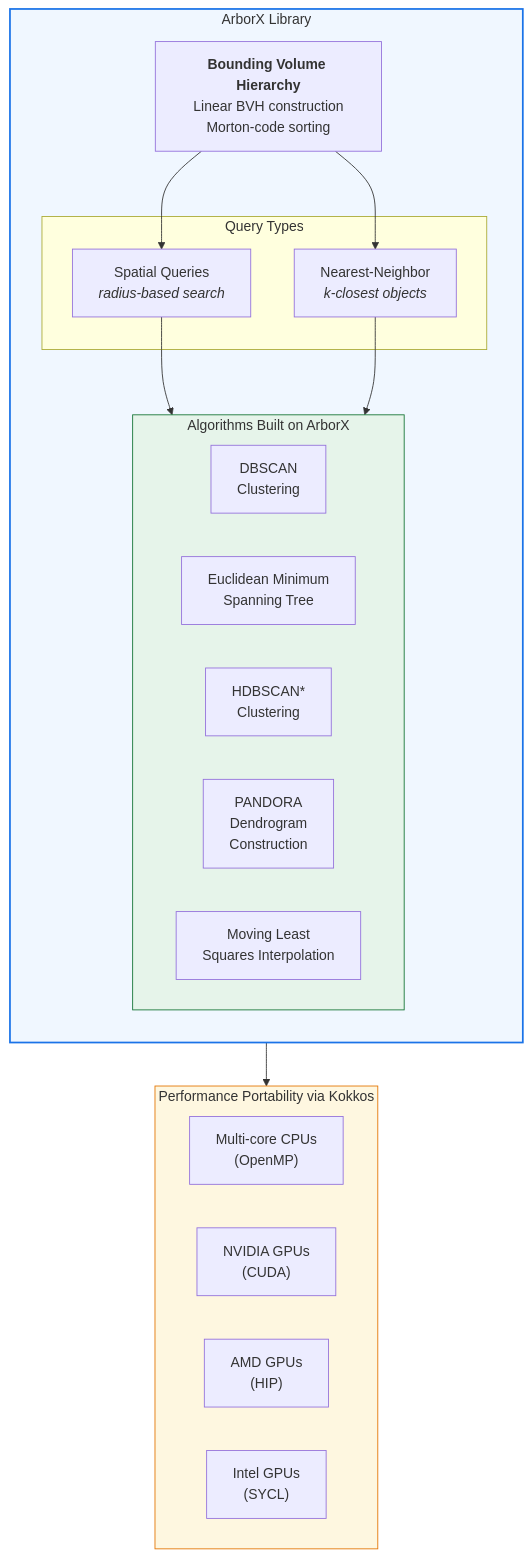
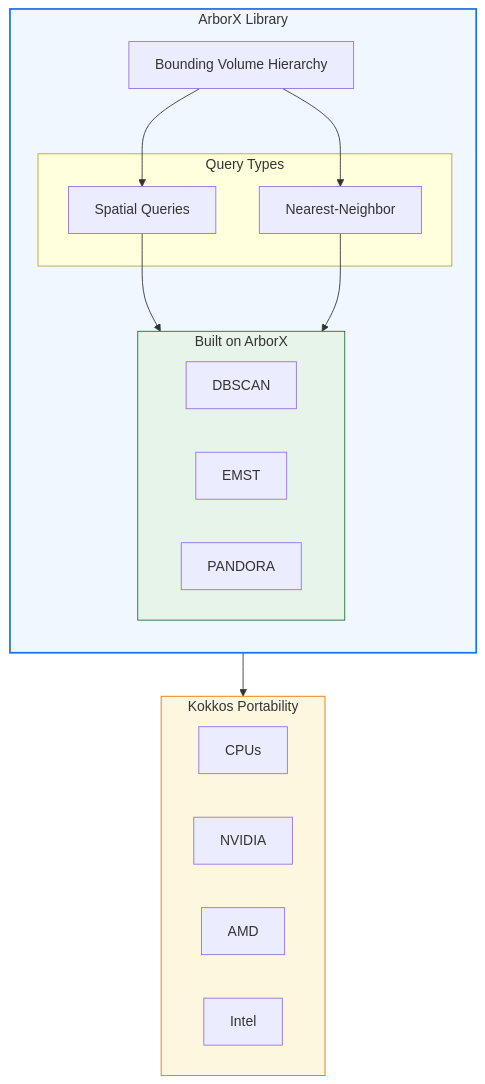
Before and after one commit to piyush314/piyush314.github.io: the diagram in _projects/3_arborx.md, drawn with Mermaid. The commit also changed 5 other files, not shown here.

First line of the commit message:
fix: simplify mermaid labels to plain text for rendering

````diff
--- a/_projects/3_arborx.md
+++ b/_projects/3_arborx.md
@@ -22,39 +22,36 @@
 ```mermaid
 graph TB
-    subgraph ArborX["ArborX Library"]
+    subgraph ArborX[ArborX Library]
         direction TB
+        BVH[Bounding Volume Hierarchy]
 
-        BVH["<b>Bounding Volume Hierarchy</b><br/>Linear BVH construction<br/>Morton-code sorting"]
-
-        subgraph Queries["Query Types"]
-            SQ["Spatial Queries<br/><i>radius-based search</i>"]
-            NQ["Nearest-Neighbor<br/><i>k-closest objects</i>"]
+        subgraph Queries[Query Types]
+            SQ[Spatial Queries]
+            NQ[Nearest-Neighbor]
         end
 
-        subgraph Algorithms["Algorithms Built on ArborX"]
-            DBSCAN["DBSCAN<br/>Clustering"]
-            EMST["Euclidean Minimum<br/>Spanning Tree"]
-            HDBSCAN["HDBSCAN*<br/>Clustering"]
-            PANDORA["PANDORA<br/>Dendrogram<br/>Construction"]
-            MLS["Moving Least<br/>Squares Interpolation"]
+        subgraph Algorithms[Built on ArborX]
+            DBSCAN[DBSCAN]
+            EMST[EMST]
+            PANDORA[PANDORA]
         end
     end
 
     BVH --> SQ
     BVH --> NQ
     SQ --> Algorithms
     NQ --> Algorithms
 
-    subgraph Portability["Performance Portability via Kokkos"]
-        CPU["Multi-core CPUs<br/>(OpenMP)"]
-        NGPU["NVIDIA GPUs<br/>(CUDA)"]
-        AGPU["AMD GPUs<br/>(HIP)"]
-        IGPU["Intel GPUs<br/>(SYCL)"]
+    subgraph Portability[Kokkos Portability]
+        CPU[CPUs]
+        NGPU[NVIDIA]
+        AGPU[AMD]
+        IGPU[Intel]
     end
 
     ArborX --> Portability
 
     style ArborX fill:#f0f7ff,stroke:#1a73e8,stroke-width:2px
     style Algorithms fill:#e6f4ea,stroke:#137333
     style Portability fill:#fef7e0,stroke:#e37400
 ```
````
